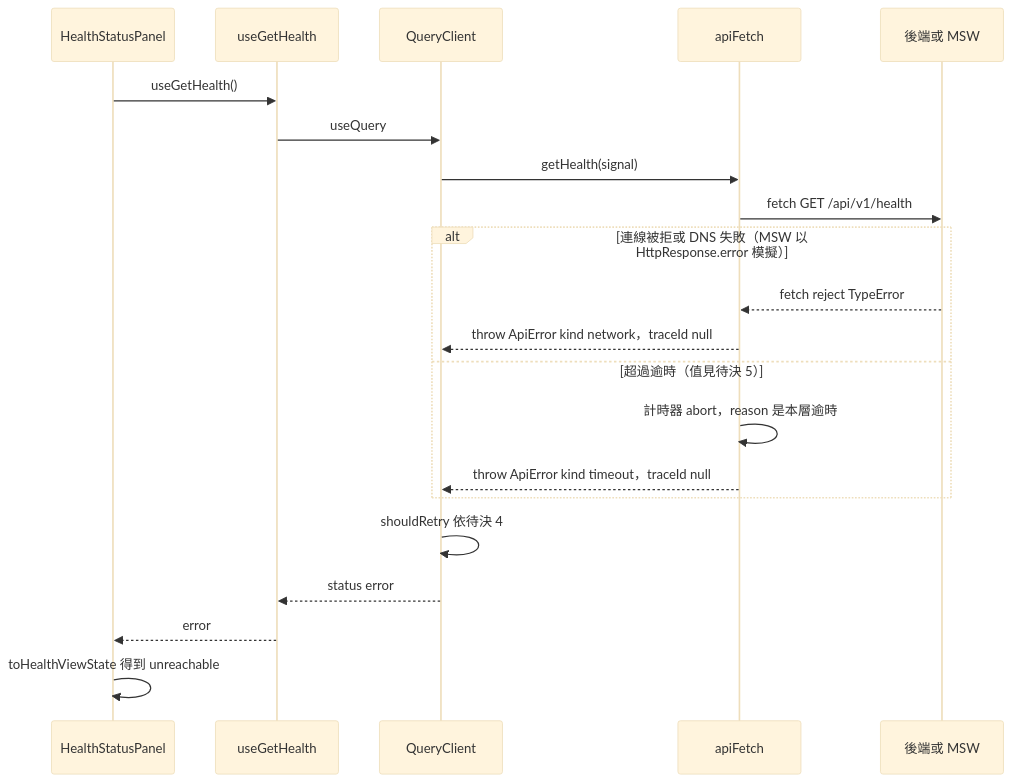
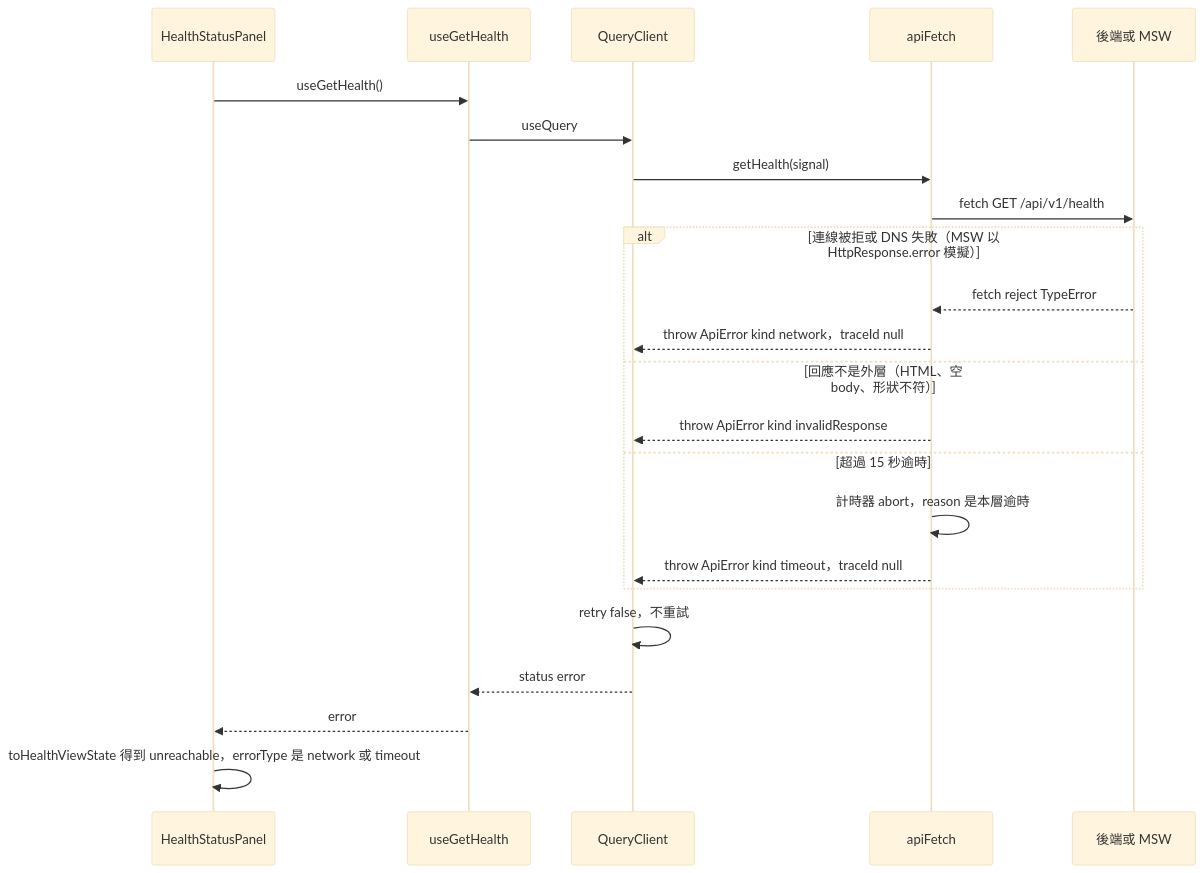
The sixth of 14 diagrams in openspec/changes/frontend-skeleton/system-design.md (label-suite/label-suite), drawn with Mermaid (base theme) before and after one commit. The commit also changed other lines of this file and 4 other files, not shown here.

````diff
--- a/openspec/changes/frontend-skeleton/system-design.md
+++ b/openspec/changes/frontend-skeleton/system-design.md
@@ -566,23 +615,25 @@
 ```mermaid
 sequenceDiagram
   participant Panel as HealthStatusPanel
   participant Hook as useGetHealth
   participant QC as QueryClient
   participant Mut as apiFetch
   participant Net as 後端或 MSW
   Panel->>Hook: useGetHealth()
   Hook->>QC: useQuery
   QC->>Mut: getHealth(signal)
   Mut->>Net: fetch GET /api/v1/health
   alt 連線被拒或 DNS 失敗（MSW 以 HttpResponse.error 模擬）
     Net-->>Mut: fetch reject TypeError
     Mut-->>QC: throw ApiError kind network，traceId null
-  else 超過逾時（值見待決 5）
+  else 回應不是外層（HTML、空 body、形狀不符）
+    Mut-->>QC: throw ApiError kind invalidResponse
+  else 超過 15 秒逾時
     Mut->>Mut: 計時器 abort，reason 是本層逾時
     Mut-->>QC: throw ApiError kind timeout，traceId null
   end
-  QC->>QC: shouldRetry 依待決 4
+  QC->>QC: retry false，不重試
   QC-->>Hook: status error
   Hook-->>Panel: error
-  Panel->>Panel: toHealthViewState 得到 unreachable
+  Panel->>Panel: toHealthViewState 得到 unreachable，errorType 是 network 或 timeout
 ```
````
